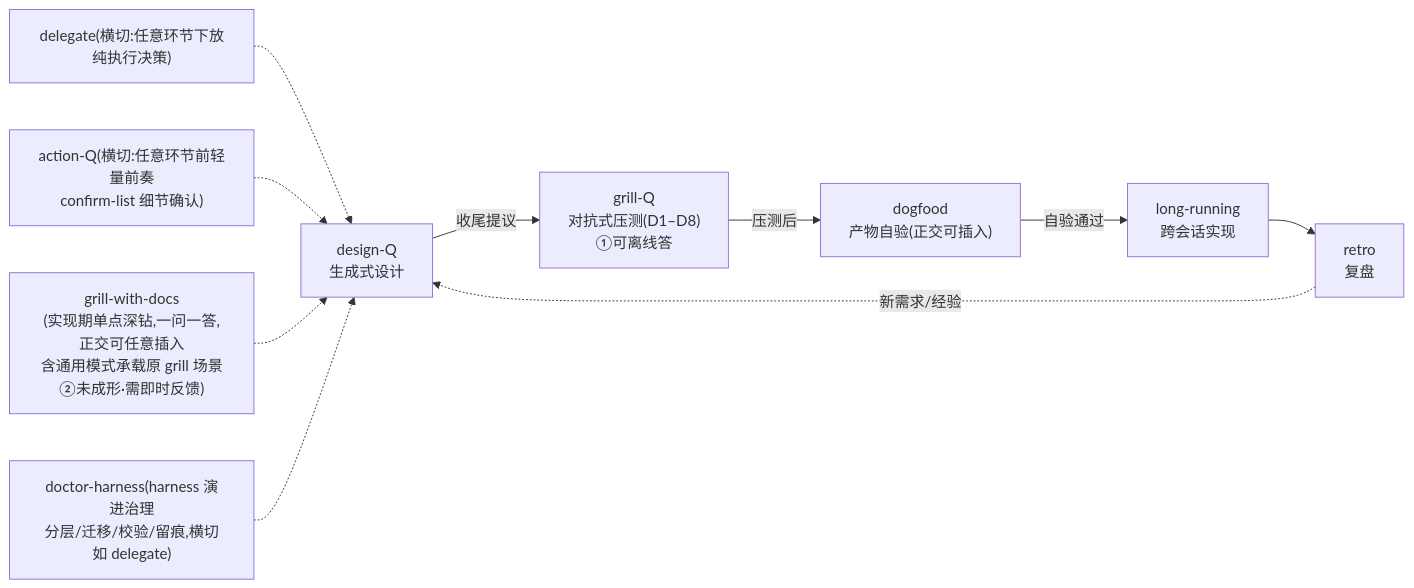
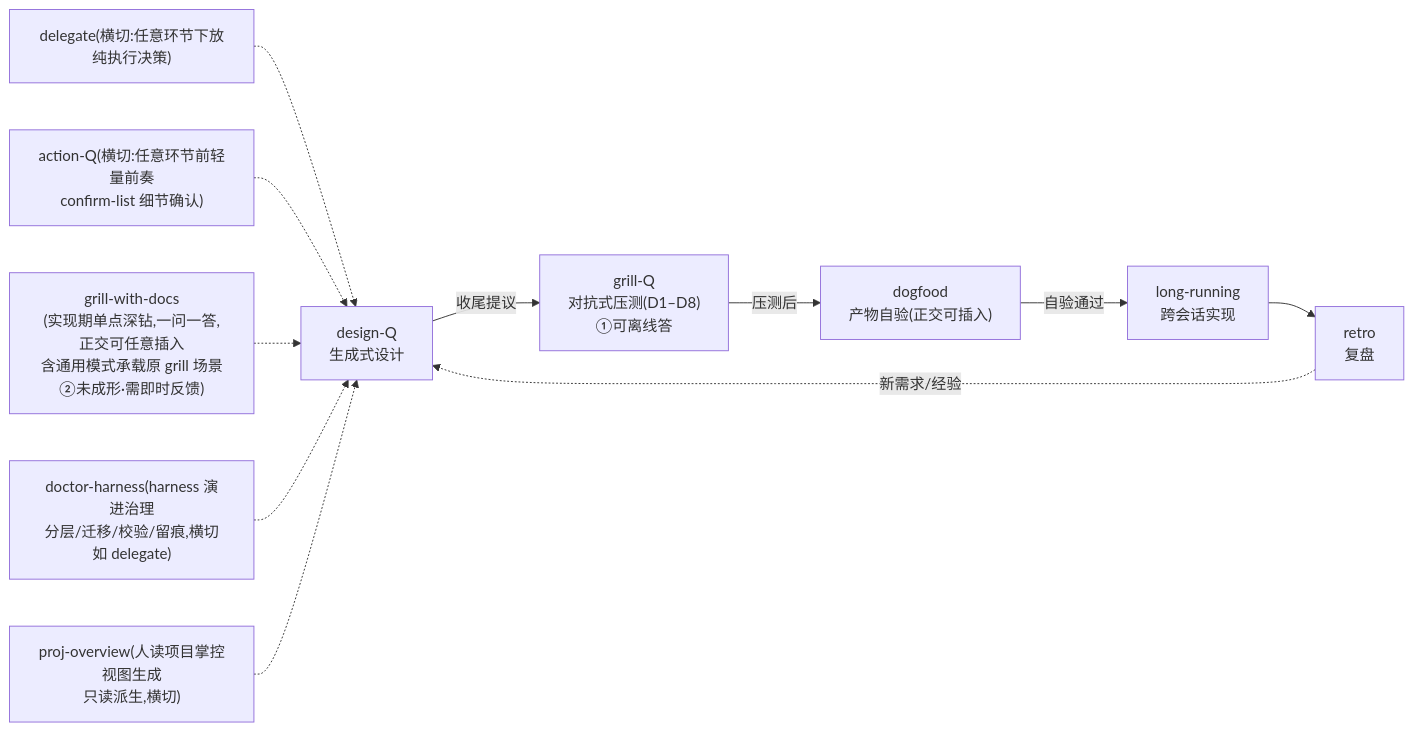
Before and after one commit to code-cycler/info-driven-ai-se-harness-engineering: the diagram in CLAUDE.md, drawn with Mermaid. The commit also changed other lines of this file and 14 other files, not shown here.

````diff
--- a/CLAUDE.md
+++ b/CLAUDE.md
@@ -43,12 +43,13 @@
 ```mermaid
 flowchart LR
     DQ["design-Q<br/>生成式设计"] -->|收尾提议| GQ["grill-Q<br/>对抗式压测(D1–D8)<br/>①可离线答"]
     GQ -->|压测后| DOG["dogfood<br/>产物自验(正交可插入)"]
     DOG -->|自验通过| LR["long-running<br/>跨会话实现"]
     LR --> RETRO["retro<br/>复盘"]
     RETRO -.->|新需求/经验| DQ
     DEL["delegate(横切:任意环节下放纯执行决策)"] -.-> DQ
     AQ["action-Q(横切:任意环节前轻量前奏<br/>confirm-list 细节确认)"] -.-> DQ
     GW["grill-with-docs<br/>(实现期单点深钻,一问一答,正交可任意插入<br/>含通用模式承载原 grill 场景<br/>②未成形·需即时反馈)"] -.-> DQ
     DH["doctor-harness(harness 演进治理<br/>分层/迁移/校验/留痕,横切如 delegate)"] -.-> DQ
+    PO["proj-overview(人读项目掌控视图生成<br/>只读派生,横切)"] -.-> DQ
 ```
````
